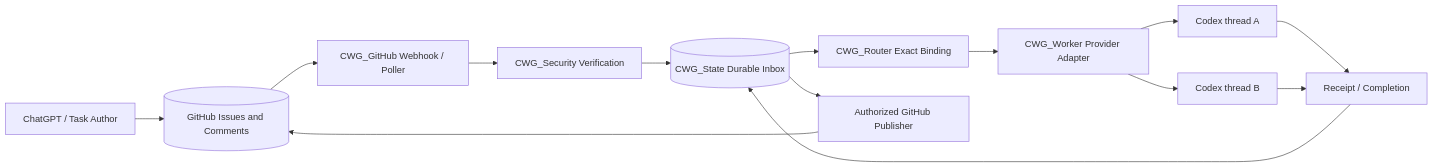
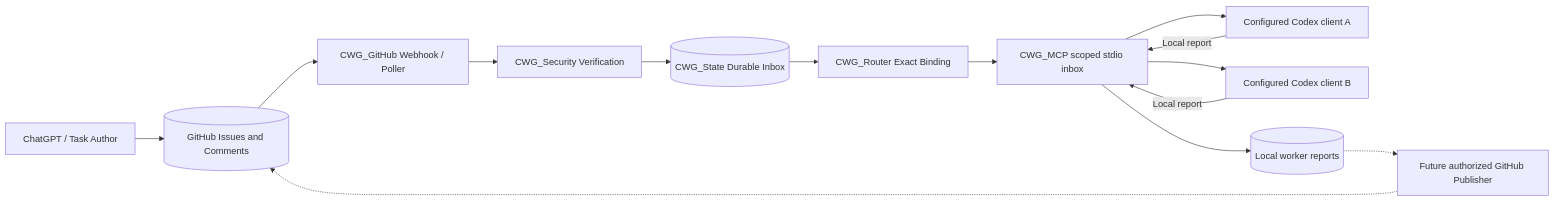
One commit to paulgreenbox-beep/Chat_Worker_GitHub changed the first of 2 diagrams in doc/maps.md. Above: the diagram before and after it, drawn with Mermaid. The commit also changed other lines of this file, not shown here.

Commit message:
Align architecture map with pull-based MCP and local reports

````diff
--- a/doc/maps.md
+++ b/doc/maps.md
@@ -3,16 +3,16 @@
 ```mermaid
 flowchart LR
   Author[ChatGPT / Task Author] --> GH[(GitHub Issues and Comments)]
   GH --> Receiver[CWG_GitHub Webhook / Poller]
   Receiver --> Guard[CWG_Security Verification]
   Guard --> State[(CWG_State Durable Inbox)]
   State --> Router[CWG_Router Exact Binding]
-  Router --> Adapter[CWG_Worker Provider Adapter]
-  Adapter --> ChatA[Codex thread A]
-  Adapter --> ChatB[Codex thread B]
-  ChatA --> Ack[Receipt / Completion]
-  ChatB --> Ack
-  Ack --> State
-  State --> Outbound[Authorized GitHub Publisher]
-  Outbound --> GH
+  Router --> MCP[CWG_MCP scoped stdio inbox]
+  MCP --> ChatA[Configured Codex client A]
+  MCP --> ChatB[Configured Codex client B]
+  ChatA -->|Local report| MCP
+  ChatB -->|Local report| MCP
+  MCP --> Outbox[(Local worker reports)]
+  Outbox -.-> Outbound[Future authorized GitHub Publisher]
+  Outbound -.-> GH
 ```
````
